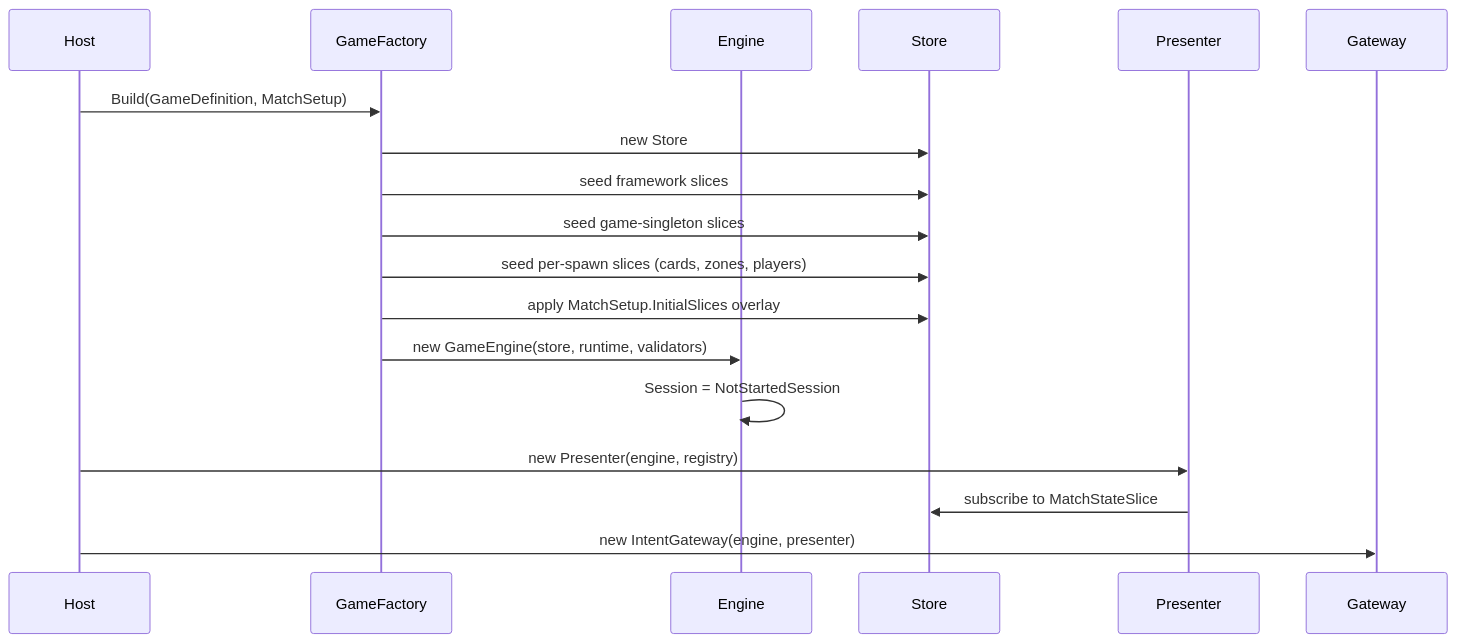
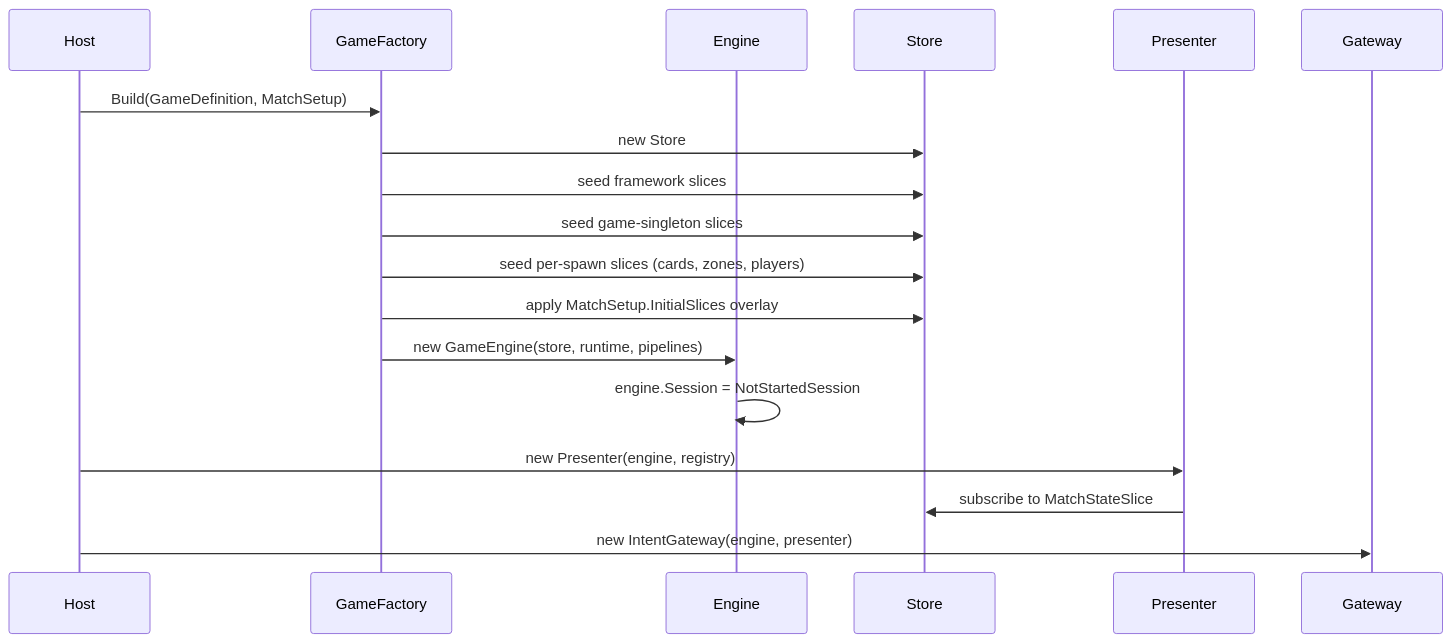
The first of 6 diagrams in Product/spikes/runtime-walkthrough.md (MgCohen/Card-Framework), drawn with Mermaid before and after one commit. The commit also changed other lines of this file, not shown here.

````diff
--- a/Product/spikes/runtime-walkthrough.md
+++ b/Product/spikes/runtime-walkthrough.md
@@ -88,21 +53,21 @@
 ```mermaid
 sequenceDiagram
   participant Host
   participant Factory as GameFactory
   participant Engine
   participant Store
   participant Presenter
   participant Gateway
 
   Host->>Factory: Build(GameDefinition, MatchSetup)
   Factory->>Store: new Store
   Factory->>Store: seed framework slices
   Factory->>Store: seed game-singleton slices
   Factory->>Store: seed per-spawn slices (cards, zones, players)
   Factory->>Store: apply MatchSetup.InitialSlices overlay
-  Factory->>Engine: new GameEngine(store, runtime, validators)
-  Engine->>Engine: Session = NotStartedSession
+  Factory->>Engine: new GameEngine(store, runtime, pipelines)
+  Engine->>Engine: engine.Session = NotStartedSession
   Host->>Presenter: new Presenter(engine, registry)
   Presenter->>Store: subscribe to MatchStateSlice
   Host->>Gateway: new IntentGateway(engine, presenter)
 ```
````
